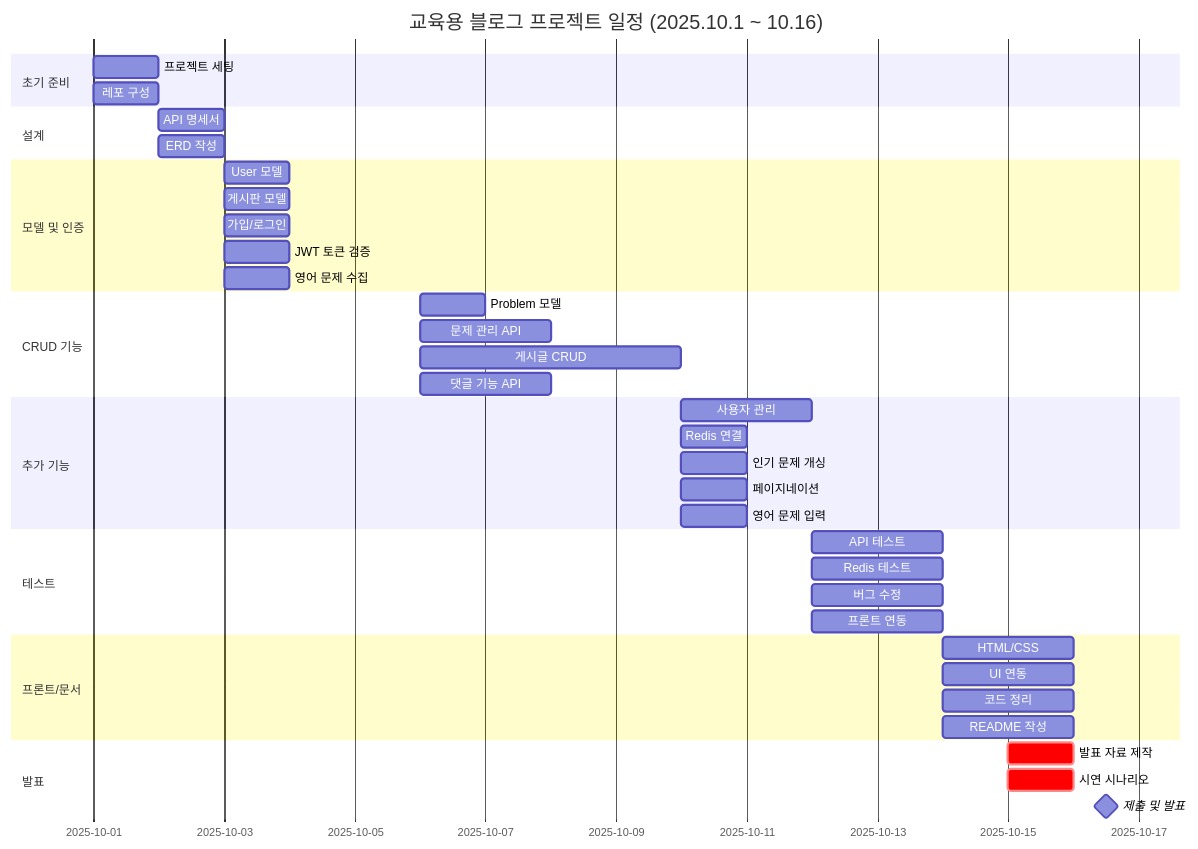
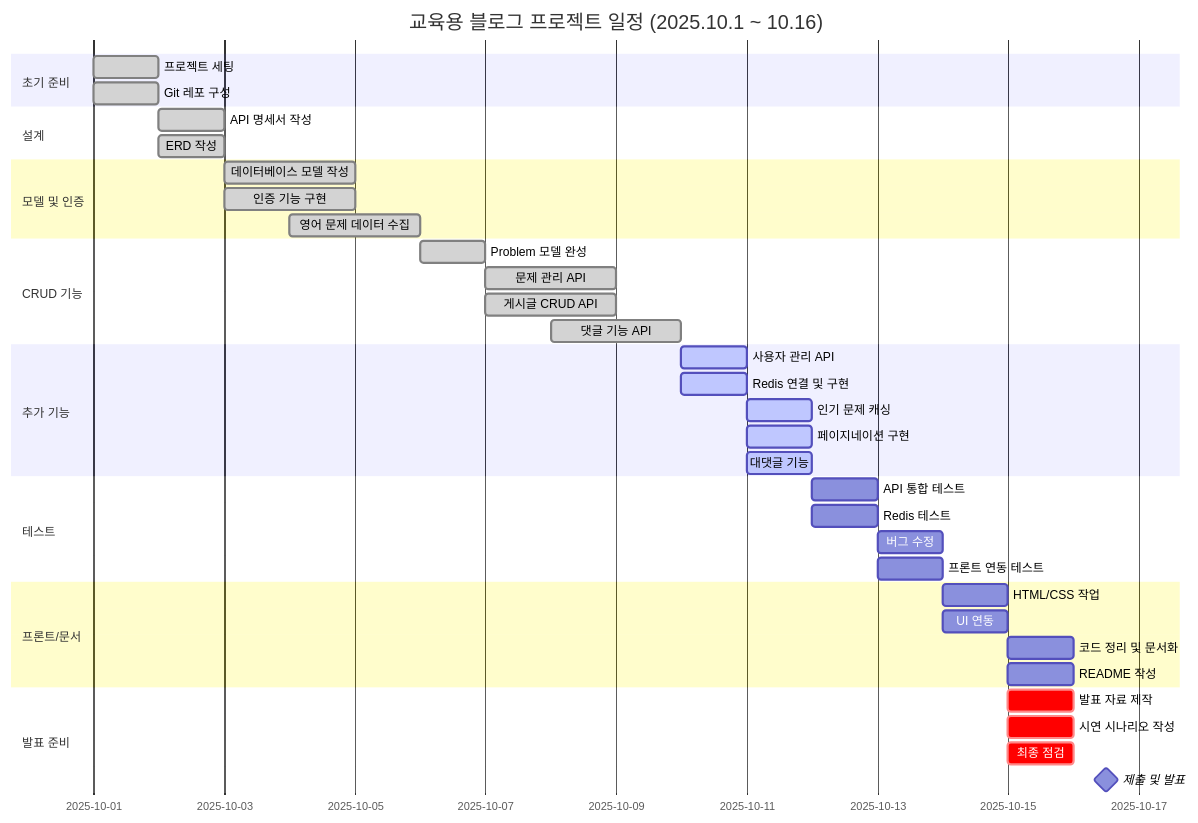
The diagram in README.md (b1351b1/modu-blog-project), drawn with Mermaid before and after one commit.

Commit message:
docs:README.md 수정

````diff
--- a/README.md
+++ b/README.md
@@ -101,50 +101,49 @@
 ```mermaid
 gantt
     title 교육용 블로그 프로젝트 일정 (2025.10.1 ~ 10.16)
     dateFormat  YYYY-MM-DD
     
     section 초기 준비
-    프로젝트 세팅           :2025-10-01, 1d
-    레포 구성              :2025-10-01, 1d
+    프로젝트 세팅           :done, 2025-10-01, 1d
+    Git 레포 구성          :done, 2025-10-01, 1d
     
     section 설계
-    API 명세서             :2025-10-02, 1d
-    ERD 작성              :2025-10-02, 1d
+    API 명세서 작성         :done, 2025-10-02, 1d
+    ERD 작성              :done, 2025-10-02, 1d
     
     section 모델 및 인증
-    User 모델             :2025-10-03, 1d
-    게시판 모델            :2025-10-03, 1d
-    가입/로그인           :2025-10-03, 1d
-    JWT 토큰 검증         :2025-10-03, 1d
-    영어 문제 수집         :2025-10-03, 1d
+    데이터베이스 모델 작성   :done, 2025-10-03, 2d
+    인증 기능 구현         :done, 2025-10-03, 2d
+    영어 문제 데이터 수집   :done, 2025-10-04, 2d
     
     section CRUD 기능
-    Problem 모델          :2025-10-06, 1d
-    문제 관리 API         :2025-10-06, 2d
-    게시글 CRUD          :2025-10-06, 4d
-    댓글 기능 API         :2025-10-06, 2d
+    Problem 모델 완성      :done, 2025-10-06, 1d
+    문제 관리 API         :done, 2025-10-07, 2d
+    게시글 CRUD API       :done, 2025-10-07, 2d
+    댓글 기능 API         :done, 2025-10-08, 2d
     
     section 추가 기능
-    사용자 관리           :2025-10-10, 2d
-    Redis 연결           :2025-10-10, 1d
-    인기 문제 개싱        :2025-10-10, 1d
-    페이지네이션          :2025-10-10, 1d
-    영어 문제 입력        :2025-10-10, 1d
+    사용자 관리 API        :active, 2025-10-10, 1d
+    Redis 연결 및 구현     :active, 2025-10-10, 1d
+    인기 문제 캐싱         :active, 2025-10-11, 1d
+    페이지네이션 구현      :active, 2025-10-11, 1d
+    대댓글 기능           :active, 2025-10-11, 1d
     
     section 테스트
-    API 테스트           :2025-10-12, 2d
-    Redis 테스트         :2025-10-12, 2d
-    버그 수정            :2025-10-12, 2d
-    프론트 연동          :2025-10-12, 2d
+    API 통합 테스트        :2025-10-12, 1d
+    Redis 테스트          :2025-10-12, 1d
+    버그 수정             :2025-10-13, 1d
+    프론트 연동 테스트     :2025-10-13, 1d
     
     section 프론트/문서
-    HTML/CSS            :2025-10-14, 2d
-    UI 연동             :2025-10-14, 2d
-    코드 정리           :2025-10-14, 2d
-    README 작성         :2025-10-14, 2d
+    HTML/CSS 작업         :2025-10-14, 1d
+    UI 연동               :2025-10-14, 1d
+    코드 정리 및 문서화    :2025-10-15, 1d
+    README 작성           :2025-10-15, 1d
     
-    section 발표
-    발표 자료 제작       :crit, 2025-10-15, 1d
-    시연 시나리오        :crit, 2025-10-15, 1d
-    제출 및 발표         :milestone, 2025-10-16, 1d
+    section 발표 준비
+    발표 자료 제작         :crit, 2025-10-15, 1d
+    시연 시나리오 작성     :crit, 2025-10-15, 1d
+    최종 점검             :crit, 2025-10-15, 1d
+    제출 및 발표          :milestone, 2025-10-16, 1d
 ```
````
